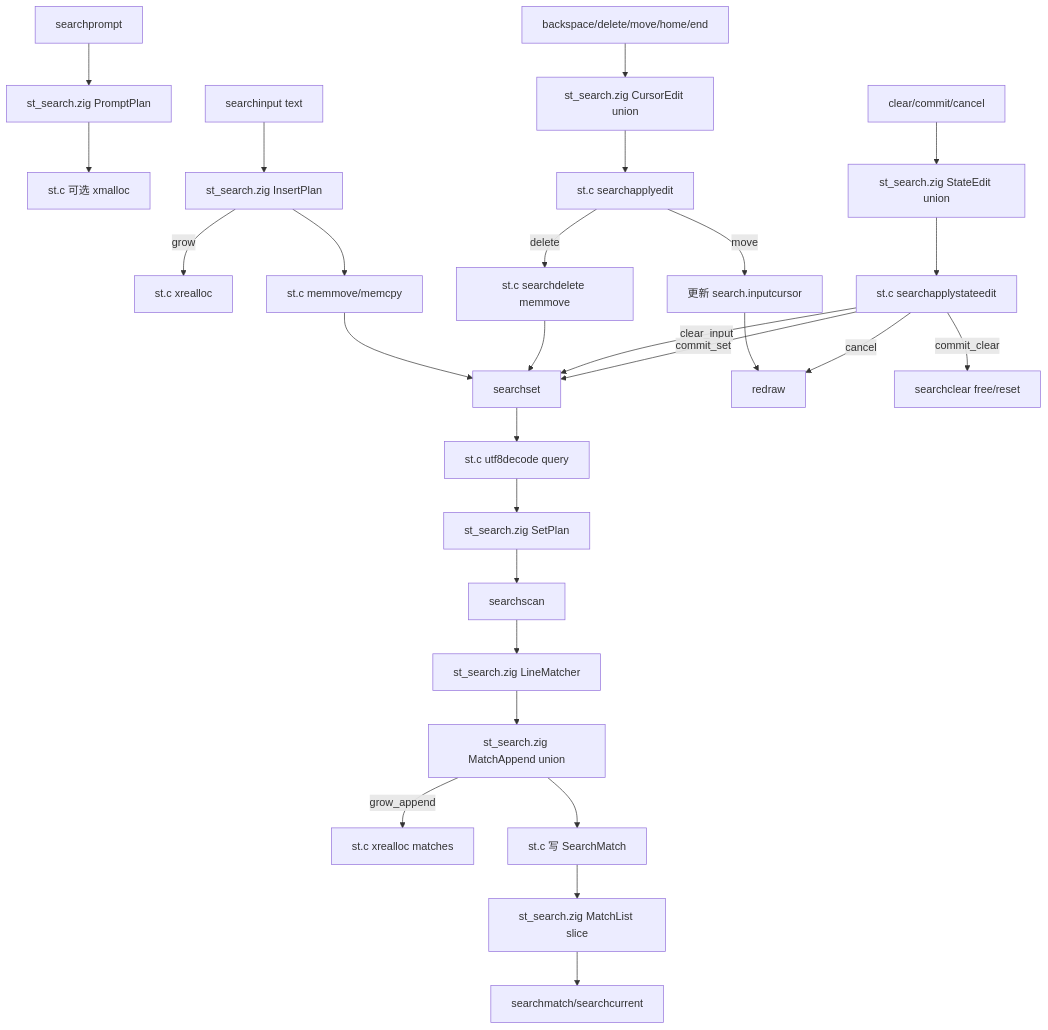
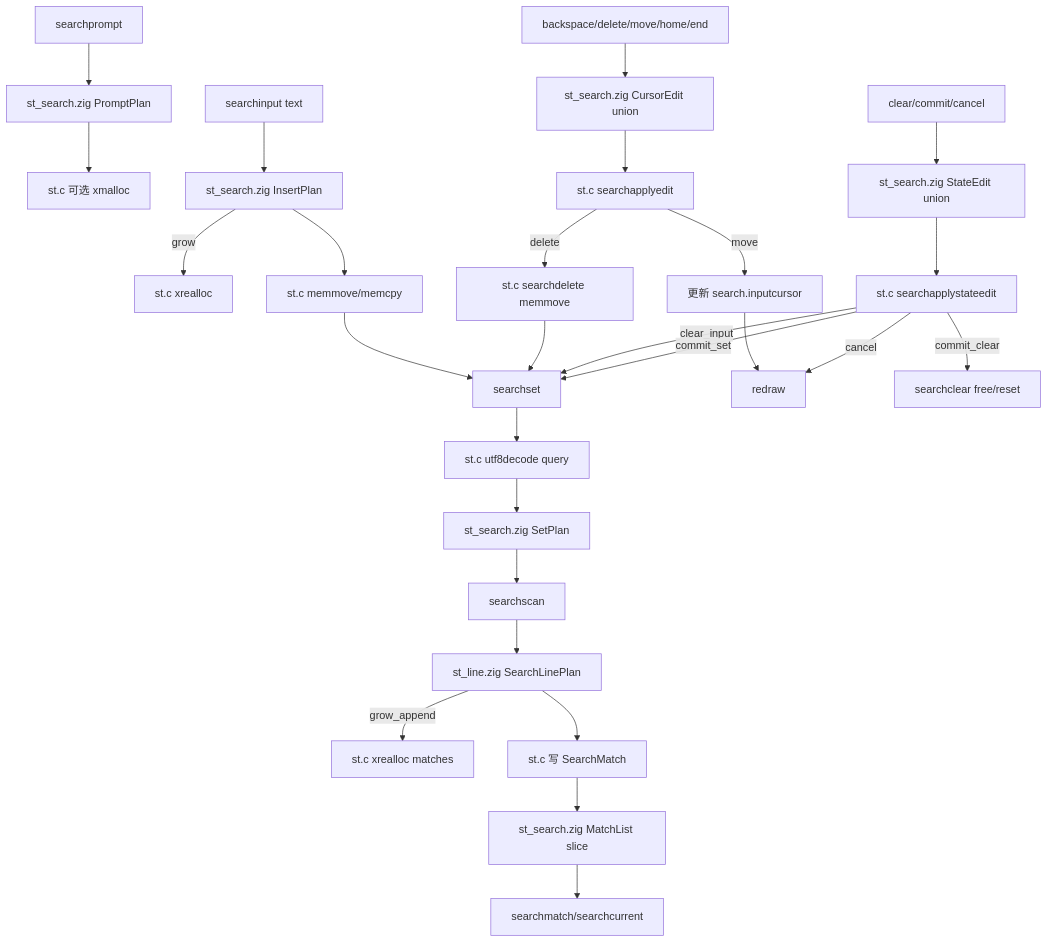
The fifth of 9 diagrams in docs/architecture-flow.md (zdzDesigner/st), drawn with Mermaid before and after one commit. The commit also changed other lines of this file and 7 other files, not shown here.

````diff
--- a/docs/architecture-flow.md
+++ b/docs/architecture-flow.md
@@ -108,34 +108,33 @@
 ```mermaid
 flowchart TD
     Prompt[searchprompt] --> PromptPlan[st_search.zig PromptPlan]
     PromptPlan --> CAlloc[st.c 可选 xmalloc]
 
     Input[searchinput text] --> InsertPlan[st_search.zig InsertPlan]
     InsertPlan -->|grow| CRealloc[st.c xrealloc]
     InsertPlan --> CMove[st.c memmove/memcpy]
     CMove --> SearchSet[searchset]
 
     CursorKeys[backspace/delete/move/home/end] --> CursorEdit[st_search.zig CursorEdit union]
     CursorEdit --> ApplyEdit[st.c searchapplyedit]
     ApplyEdit -->|delete| CDelete[st.c searchdelete memmove]
     ApplyEdit -->|move| CCursor[更新 search.inputcursor]
     CDelete --> SearchSet
     CCursor --> Redraw[redraw]
 
     StateKeys[clear/commit/cancel] --> StateEdit[st_search.zig StateEdit union]
     StateEdit --> ApplyState[st.c searchapplystateedit]
     ApplyState -->|clear_input| SearchSet
     ApplyState -->|commit_set| SearchSet
     ApplyState -->|commit_clear| SearchClear[searchclear free/reset]
     ApplyState -->|cancel| Redraw
 
     SearchSet --> DecodeQuery[st.c utf8decode query]
     DecodeQuery --> SetPlan[st_search.zig SetPlan]
     SetPlan --> Scan[searchscan]
-    Scan --> LineMatch[st_search.zig LineMatcher]
-    LineMatch --> Append[st_search.zig MatchAppend union]
-    Append -->|grow_append| MatchRealloc[st.c xrealloc matches]
-    Append --> MatchWrite[st.c 写 SearchMatch]
+    Scan --> LinePlan[st_line.zig SearchLinePlan]
+    LinePlan -->|grow_append| MatchRealloc[st.c xrealloc matches]
+    LinePlan --> MatchWrite[st.c 写 SearchMatch]
     MatchWrite --> MatchList[st_search.zig MatchList slice]
     MatchList --> DrawHit[searchmatch/searchcurrent]
 ```
````
